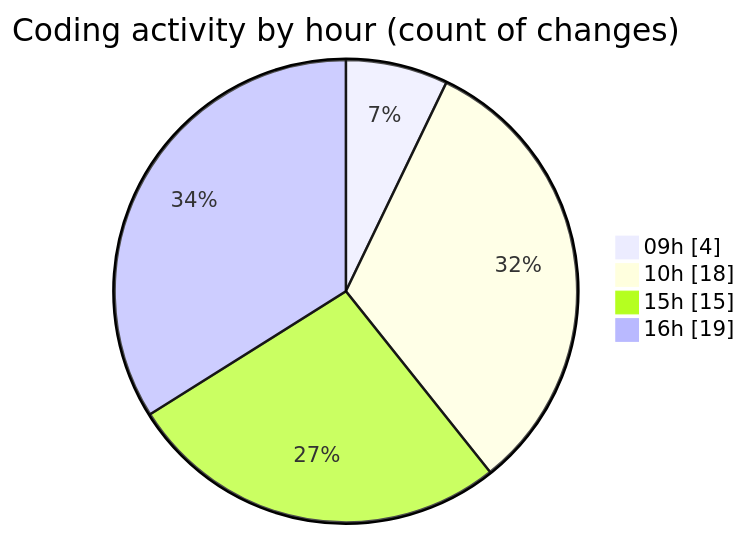
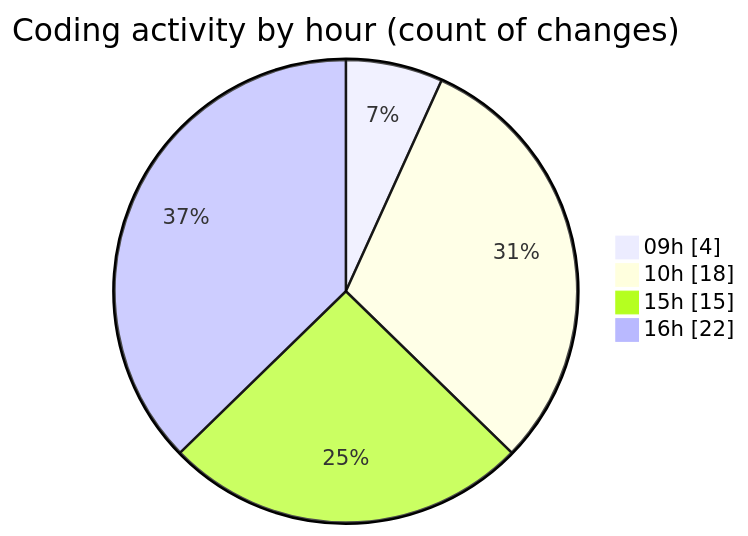
Before and after one commit to momahboobian/code-tracking: the second of 2 diagrams in 2025-08-20/cda/README.md, drawn with Mermaid. The commit also changed other lines of this file and 1 other file, not shown here.

````diff
--- a/2025-08-20/cda/README.md
+++ b/2025-08-20/cda/README.md
@@ -35,8 +35,8 @@
 ```mermaid
 pie showData
 title Coding activity by hour (count of changes)
 "09h" : 4
 "10h" : 18
 "15h" : 15
-"16h" : 19
+"16h" : 22
 ```
````
